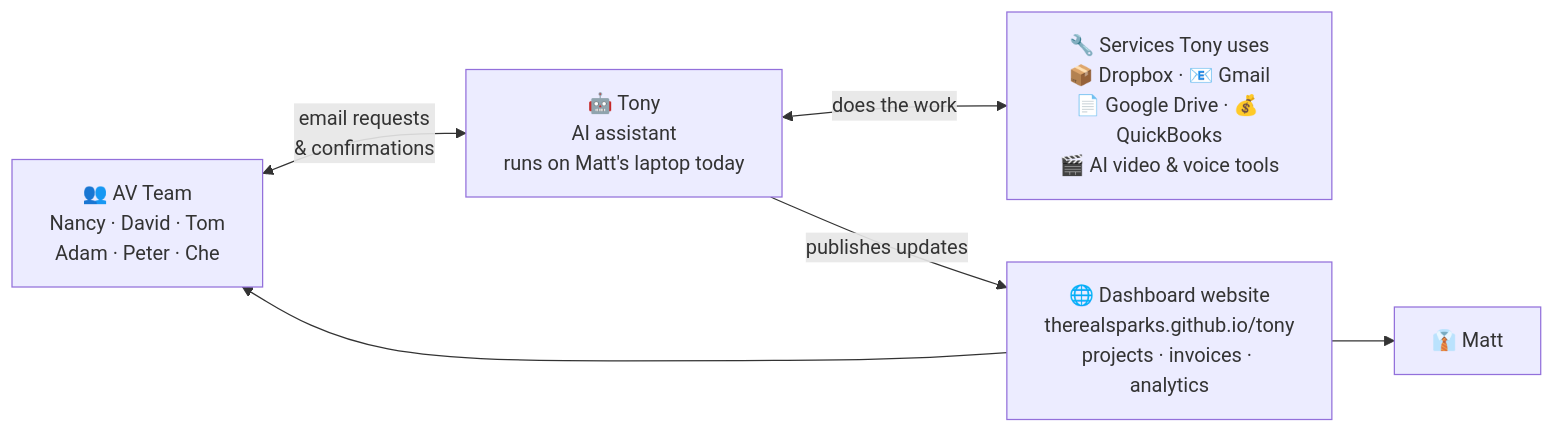
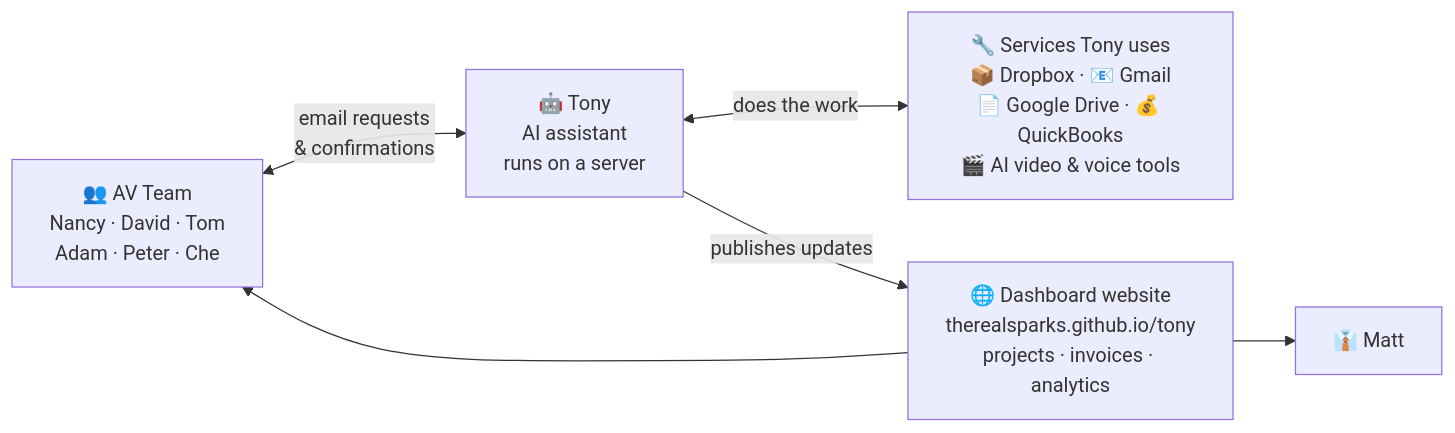
One commit to therealsparks/tony-docs changed the diagram in README.md. Above: the diagram before and after it, drawn with Mermaid. The commit also changed other lines of this file and 9 other files, not shown here.

````diff
--- a/README.md
+++ b/README.md
@@ -18,18 +20,18 @@
 ```mermaid
 flowchart LR
     TEAM["👥 AV Team<br/>Nancy · David · Tom<br/>Adam · Peter · Che"]
 
-    TONY["🤖 Tony<br/>AI assistant<br/>runs on Matt's laptop today"]
+    TONY["🤖 Tony<br/>AI assistant<br/>runs on a server"]
 
     SVCS["🔧 Services Tony uses<br/>📦 Dropbox · 📧 Gmail<br/>📄 Google Drive · 💰 QuickBooks<br/>🎬 AI video &amp; voice tools"]
 
     SITE["🌐 Dashboard website<br/>therealsparks.github.io/tony<br/>projects · invoices · analytics"]
 
     MATT["👔 Matt"]
 
     TEAM <-->|"email requests<br/>&amp; confirmations"| TONY
     TONY <-->|"does the work"| SVCS
     TONY -->|"publishes updates"| SITE
     SITE --> MATT
     SITE --> TEAM
 ```
````
